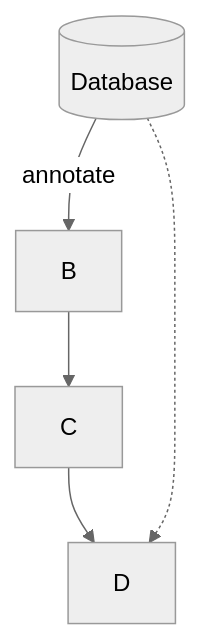
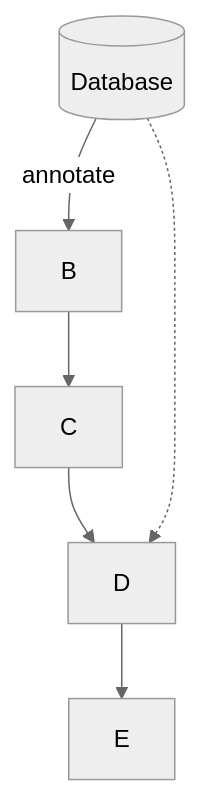
One commit to CDLUC3/mrt-doc changed the diagram in diagrams/README.md. Above: the diagram before and after it, drawn with Mermaid. The commit also changed 11 other files, not shown here.

````diff
--- a/diagrams/README.md
+++ b/diagrams/README.md
@@ -47,9 +47,10 @@
 ```mermaid
 %%{init: {'theme': 'neutral'}}%%
 graph TD
   A[(Database)]
   A --> |annotate| B
   B --> C
   C --> D
   A -.-> D
+  D --> E
 ```
````
